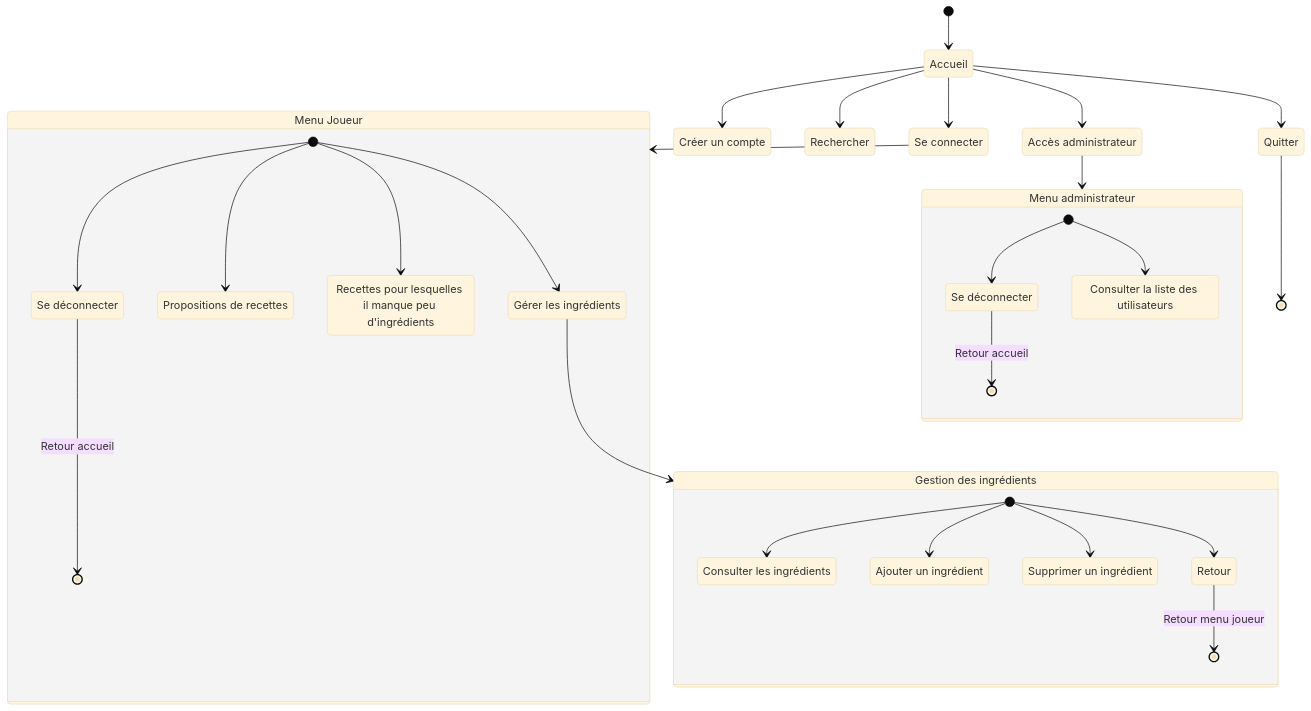
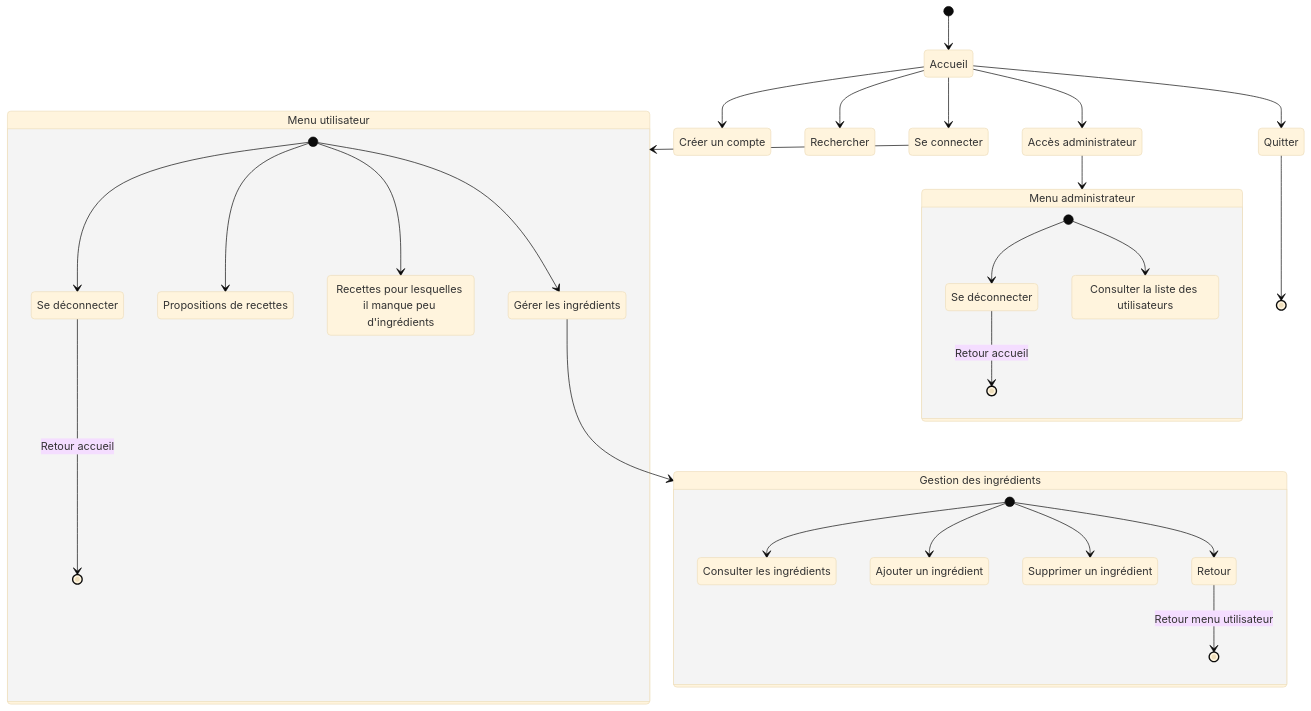
One commit to bbrunel/ENSAI-2A-projet-info changed the diagram in doc/diag_activites.md. Above: the diagram before and after it, drawn with Mermaid (base theme).

Commit message:
Utilisateurs plutôt que joueurs

````diff
--- a/doc/diag_activites.md
+++ b/doc/diag_activites.md
@@ -19,58 +19,58 @@
 ```mermaid
 stateDiagram
     login : Se connecter
-    menu_joueur : Menu Joueur
+    menu_utilisateur : Menu utilisateur
     menu_ingr : Gestion des ingrédients
     logon : Créer un compte
     gerer_ingr : Gérer les ingrédients
     Consulter_les_ingrédients : Consulter les ingrédients
     Ajouter_un_ingrédient : Ajouter un ingrédient
     Supprimer_un_ingrédient : Supprimer un ingrédient
     recettes : Propositions de recettes
     rec_ingr_manquant : Recettes pour lesquelles il manque peu d'ingrédients
     logout : Se déconnecter
     admin : Accès administrateur
     admin_out : Se déconnecter
-    list_joueurs : Consulter la liste des utilisateurs
+    list_utilisateurs : Consulter la liste des utilisateurs
     menu_admin : Menu administrateur
     
     [*] --> Accueil
     
     Accueil --> Rechercher
 
     Accueil --> login
-    login --> menu_joueur
+    login --> menu_utilisateur
     
     Accueil --> logon
 
     Accueil --> admin
     admin --> menu_admin
     
     Accueil --> Quitter
     Quitter --> [*]
 
     state menu_admin {
-      [*] --> list_joueurs
+      [*] --> list_utilisateurs
       [*] --> admin_out
       admin_out --> [*]: Retour accueil
     }
     
-    state menu_joueur {
+    state menu_utilisateur {
     	[*] --> gerer_ingr
       [*] --> recettes
       [*] --> rec_ingr_manquant
     	[*] --> logout
       logout --> [*]:Retour accueil
     }
 
   gerer_ingr --> menu_ingr
 
     state menu_ingr {
       [*] --> Consulter_les_ingrédients
       [*] --> Ajouter_un_ingrédient
       [*] --> Supprimer_un_ingrédient
       [*] --> Retour
-      Retour --> [*]: Retour menu joueur
+      Retour --> [*]: Retour menu utilisateur
         
     }
 ```
````
